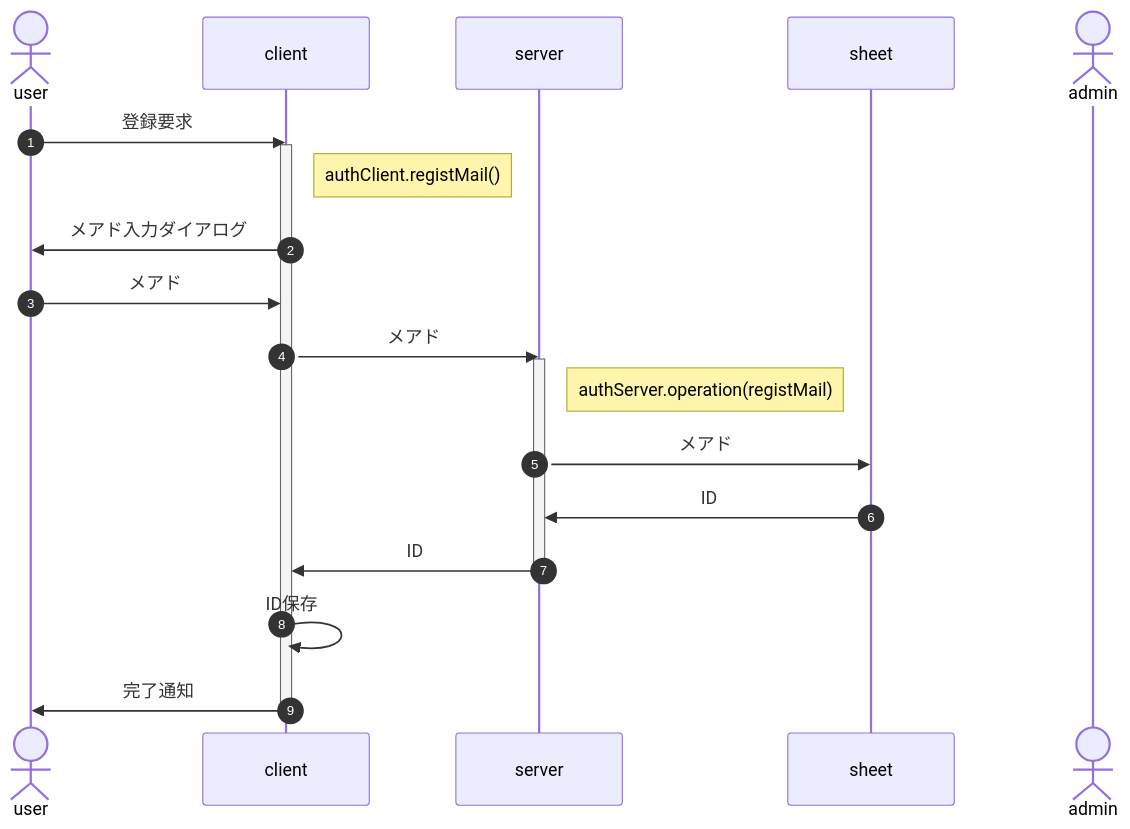
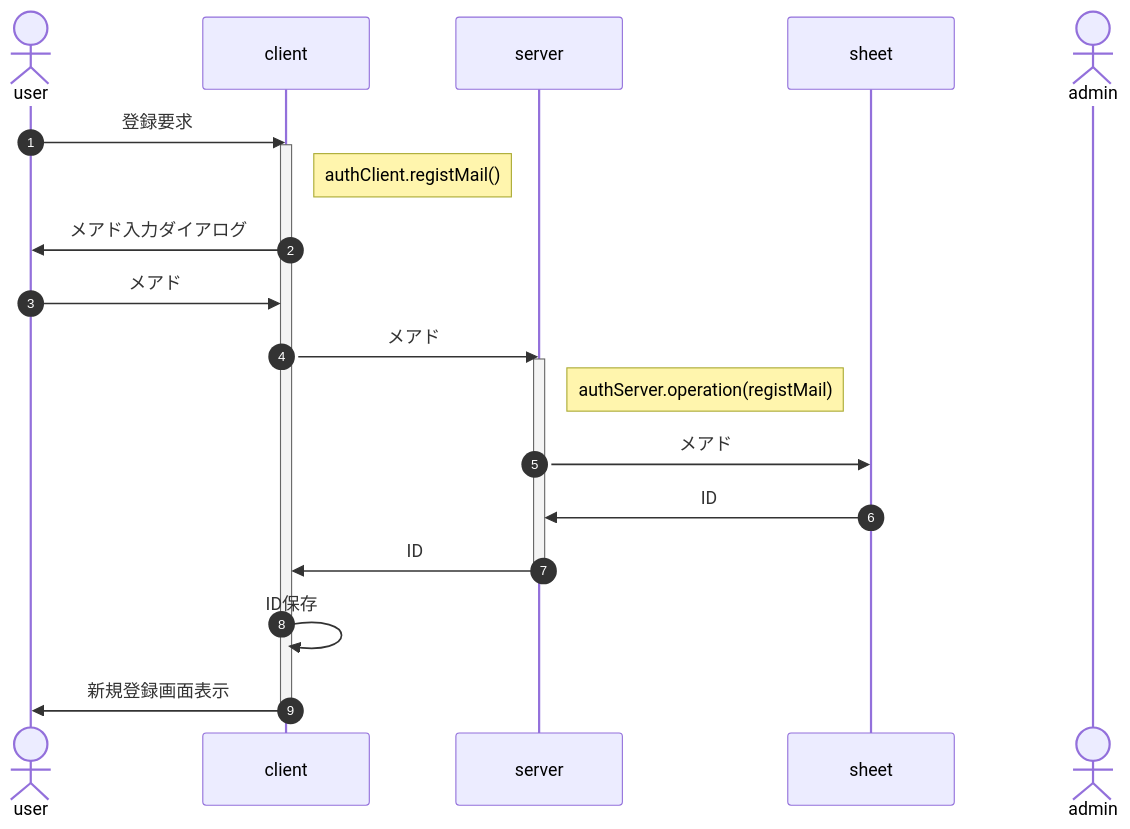
Before and after one commit to nakaone/library: the diagram in Auth/2.0.0/doc/entry.md, drawn with Mermaid. The commit also changed other lines of this file and 5 other files, not shown here.

````diff
--- a/Auth/2.0.0/doc/entry.md
+++ b/Auth/2.0.0/doc/entry.md
@@ -5,25 +5,25 @@
 ```mermaid
 sequenceDiagram
   autonumber
   actor user
   participant client
   participant server
   participant sheet
   actor admin
 
   user ->> client : 登録要求
   activate client
   Note right of client : authClient.registMail()
   client ->> user : メアド入力ダイアログ
   user ->> client : メアド
   client ->> server : メアド
   activate server
   Note right of server : authServer.operation(registMail)
   server ->> sheet : メアド
   sheet ->> server : ID
   server ->> client : ID
   deactivate server
   client ->> client : ID保存
-  client ->> user : 完了通知
+  client ->> user : 新規登録画面表示
   deactivate client
 ```
````
